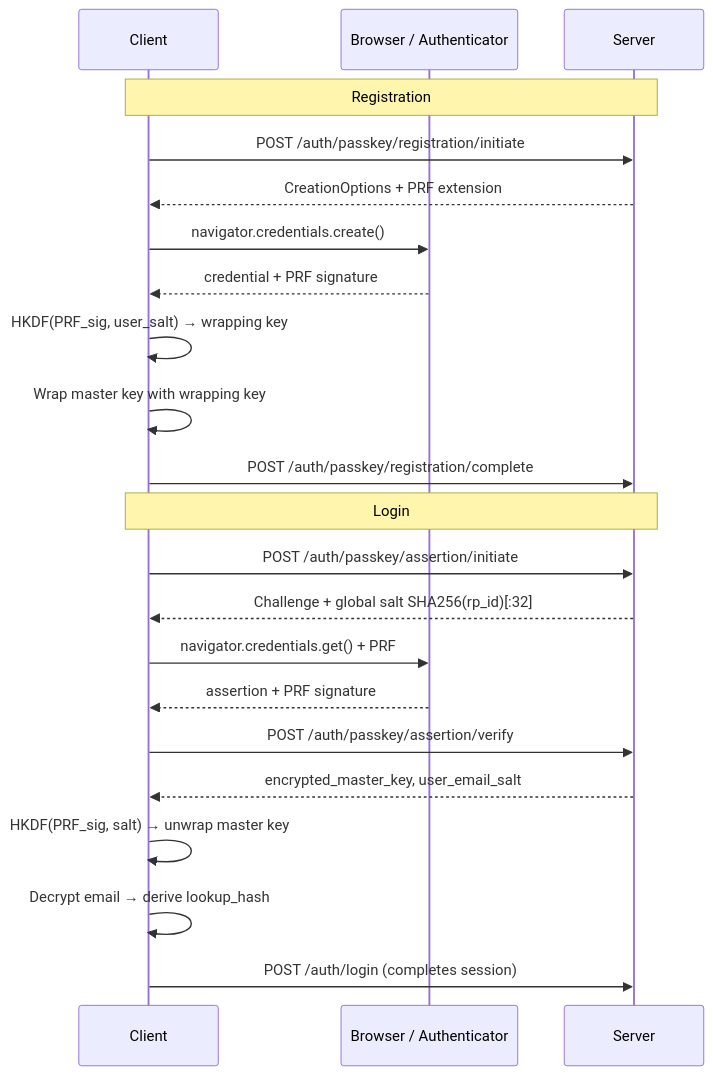
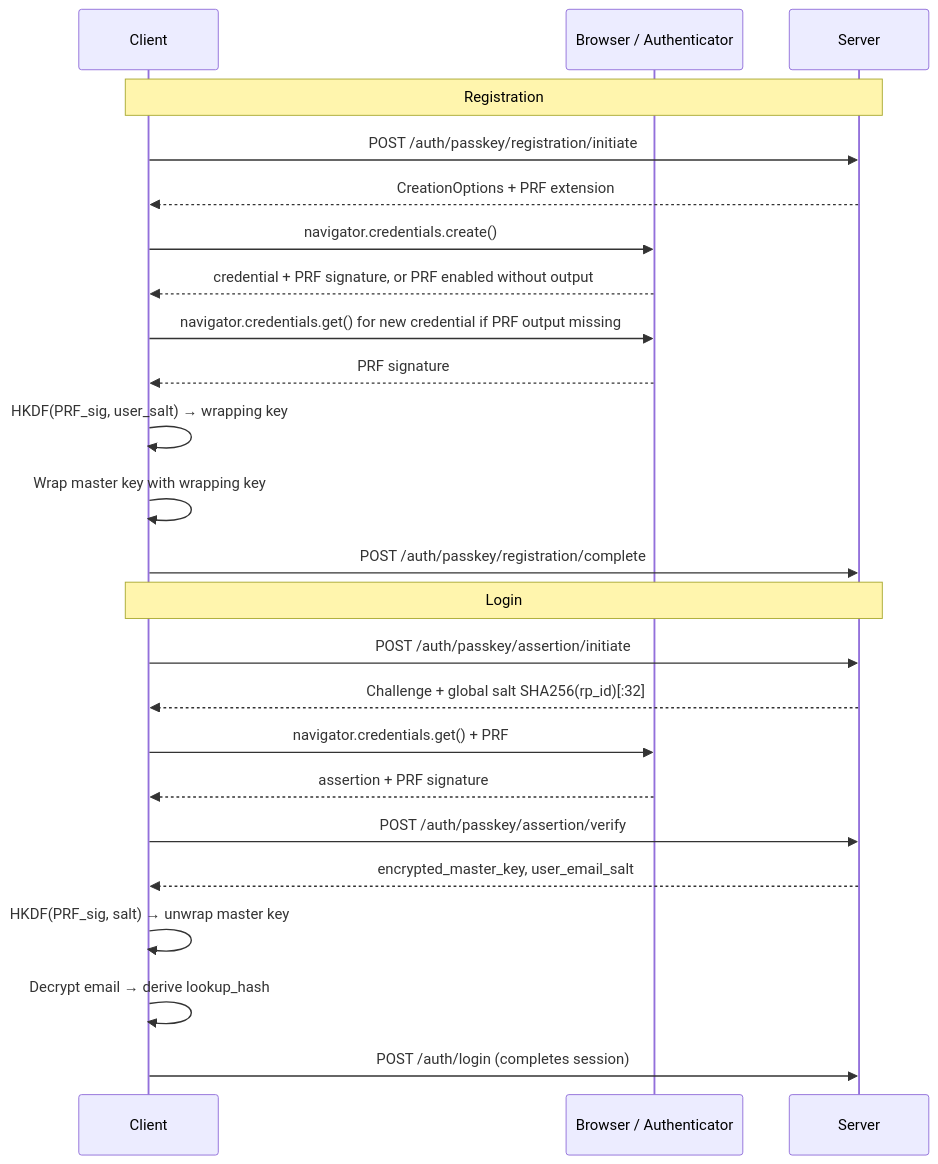
One commit to glowingkitty/OpenMates changed the diagram in docs/architecture/core/passkeys.md. Above: the diagram before and after it, drawn with Mermaid. The commit also changed other lines of this file and 10 other files, not shown here.

````diff
--- a/docs/architecture/core/passkeys.md
+++ b/docs/architecture/core/passkeys.md
@@ -25,26 +25,28 @@
 ```mermaid
 sequenceDiagram
     participant C as Client
     participant B as Browser / Authenticator
     participant S as Server
 
     Note over C,S: Registration
     C->>S: POST /auth/passkey/registration/initiate
     S-->>C: CreationOptions + PRF extension
     C->>B: navigator.credentials.create()
-    B-->>C: credential + PRF signature
+    B-->>C: credential + PRF signature, or PRF enabled without output
+    C->>B: navigator.credentials.get() for new credential if PRF output missing
+    B-->>C: PRF signature
     C->>C: HKDF(PRF_sig, user_salt) → wrapping key
     C->>C: Wrap master key with wrapping key
     C->>S: POST /auth/passkey/registration/complete
 
     Note over C,S: Login
     C->>S: POST /auth/passkey/assertion/initiate
     S-->>C: Challenge + global salt SHA256(rp_id)[:32]
     C->>B: navigator.credentials.get() + PRF
     B-->>C: assertion + PRF signature
     C->>S: POST /auth/passkey/assertion/verify
     S-->>C: encrypted_master_key, user_email_salt
     C->>C: HKDF(PRF_sig, salt) → unwrap master key
     C->>C: Decrypt email → derive lookup_hash
     C->>S: POST /auth/login (completes session)
 ```
````
